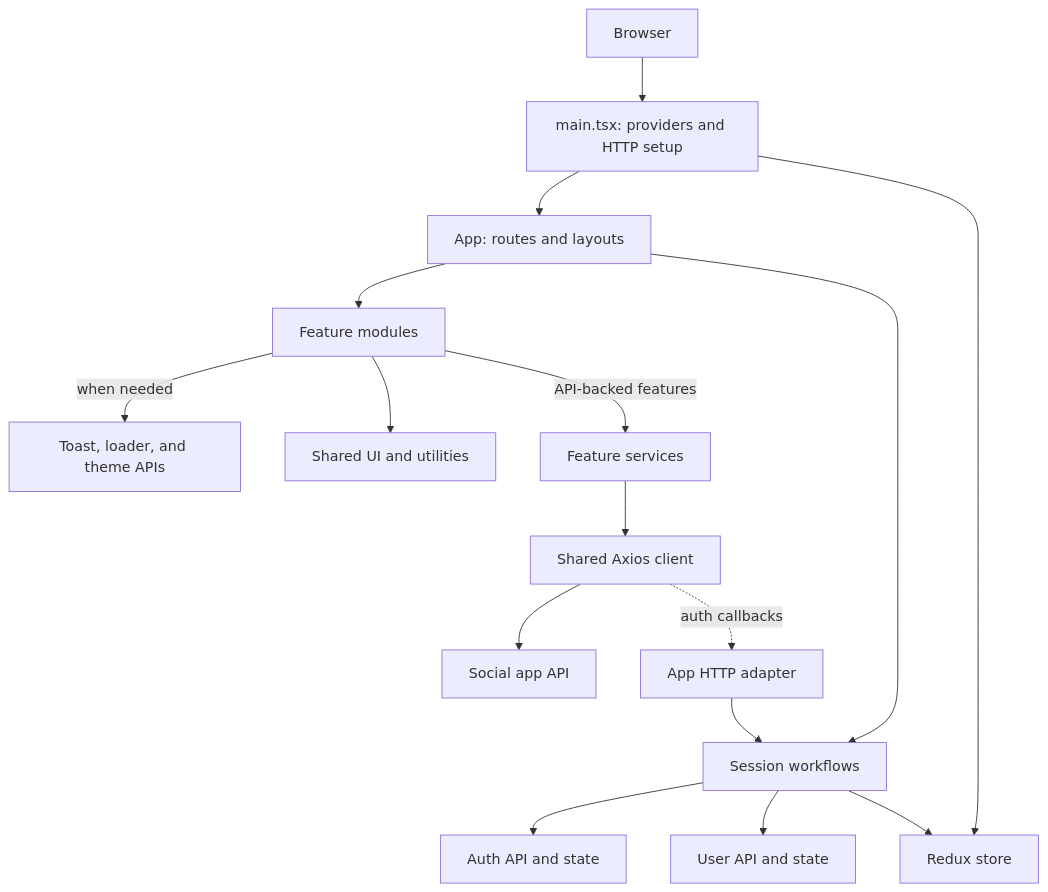
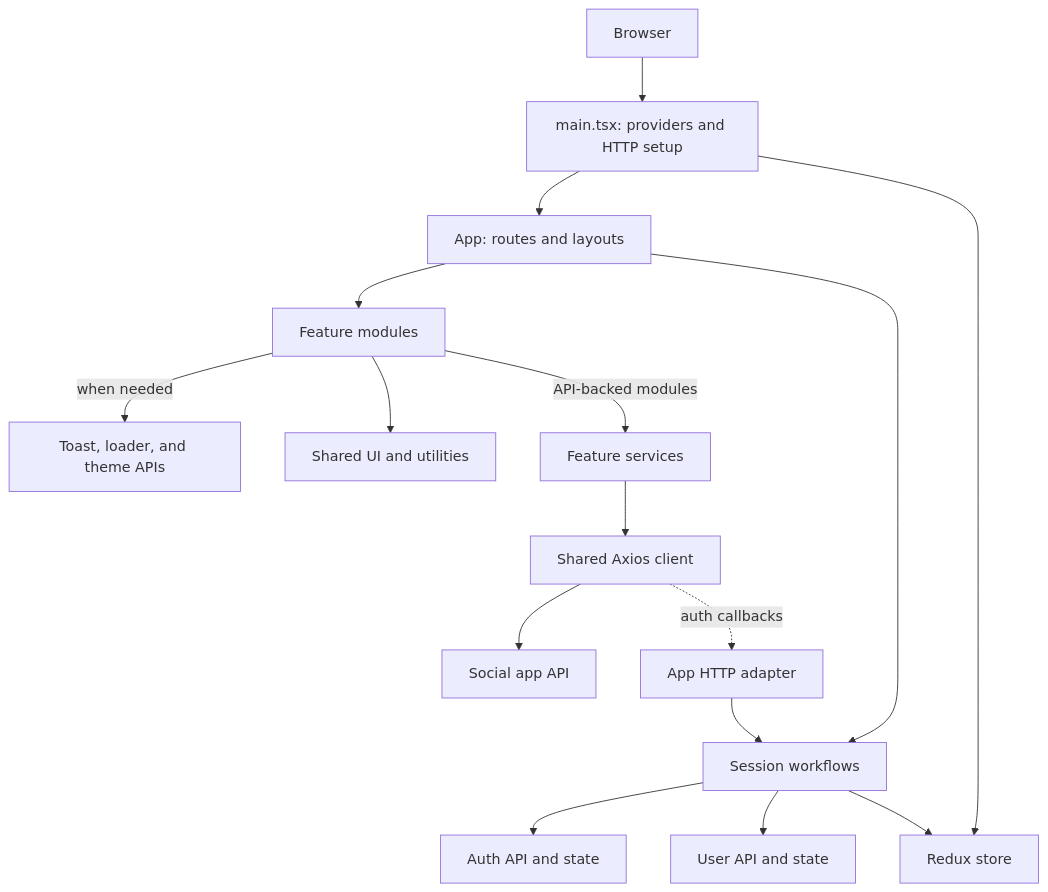
Before and after one commit to muhsintt777/insta: the diagram in README.md, drawn with Mermaid. The commit also changed other lines of this file and 9 other files, not shown here.

````diff
--- a/README.md
+++ b/README.md
@@ -27,18 +27,18 @@
 ```mermaid
 flowchart TD
 	Browser[Browser] --> Main[main.tsx: providers and HTTP setup]
 	Main --> App[App: routes and layouts]
 	Main --> Store[Redux store]
 	App --> Features[Feature modules]
 	Features -->|when needed| CrossCutting[Toast, loader, and theme APIs]
 	Features --> SharedUI[Shared UI and utilities]
-	Features -->|API-backed features| Services[Feature services]
+	Features -->|API-backed modules| Services[Feature services]
 	 App --> Session[Session workflows]
 	 Session --> Auth[Auth API and state]
 	 Session --> User[User API and state]
 	 Session --> Store
 	Services --> Http[Shared Axios client]
 	Http --> API[Social app API]
 	Http -. auth callbacks .-> Adapter[App HTTP adapter]
 	 Adapter --> Session
 ```
````
